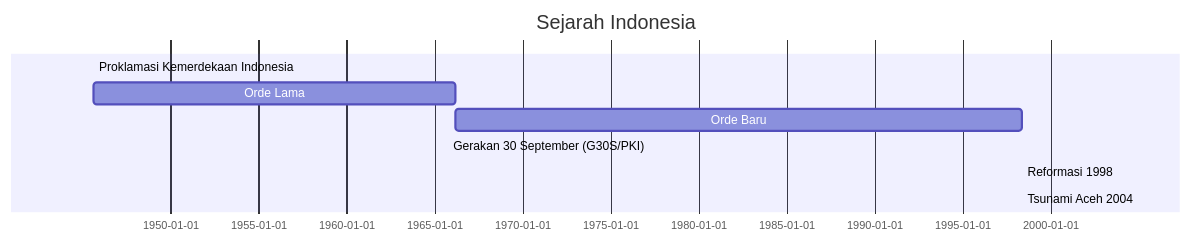
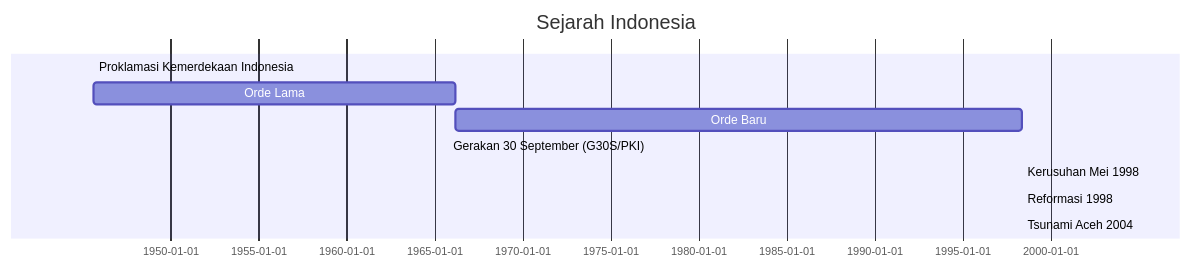
Before and after one commit to ariefrahmansyah/sejarah-indonesia: the diagram in README.md, drawn with Mermaid. The commit also changed 2 other files, not shown here.

Commit message:
Update historical events data and schema
- Added "Kerusuhan Mei 1998" event with detailed description and multiple locations to `events.json`.
- Updated location fields in existing events to be arrays for consistency.
- Modified `event.schema.json` to reflect the change in location type and added a new field for sources.

````diff
--- a/README.md
+++ b/README.md
@@ -5,11 +5,12 @@
 ```mermaid
 gantt
     title Sejarah Indonesia
-    dateFormat YYYY-MM-DD
+    dateFormat  YYYY-MM-DD
     Proklamasi Kemerdekaan Indonesia : 1945-08-17, 1d
     Orde Lama : 1945-08-18, 1966-03-11
     Orde Baru : 1966-03-11, 1998-05-21
     Gerakan 30 September (G30S/PKI) : 1965-09-30, 1965-10-01
+    Kerusuhan Mei 1998 : 1998-05-12, 1998-05-15
     Reformasi 1998 : 1998-05-21, 1d
     Tsunami Aceh 2004 : 2004-12-26, 1d
 ```
````
